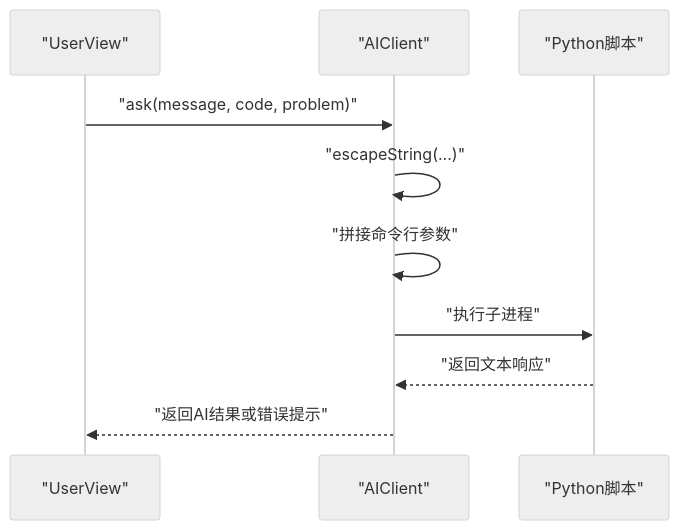
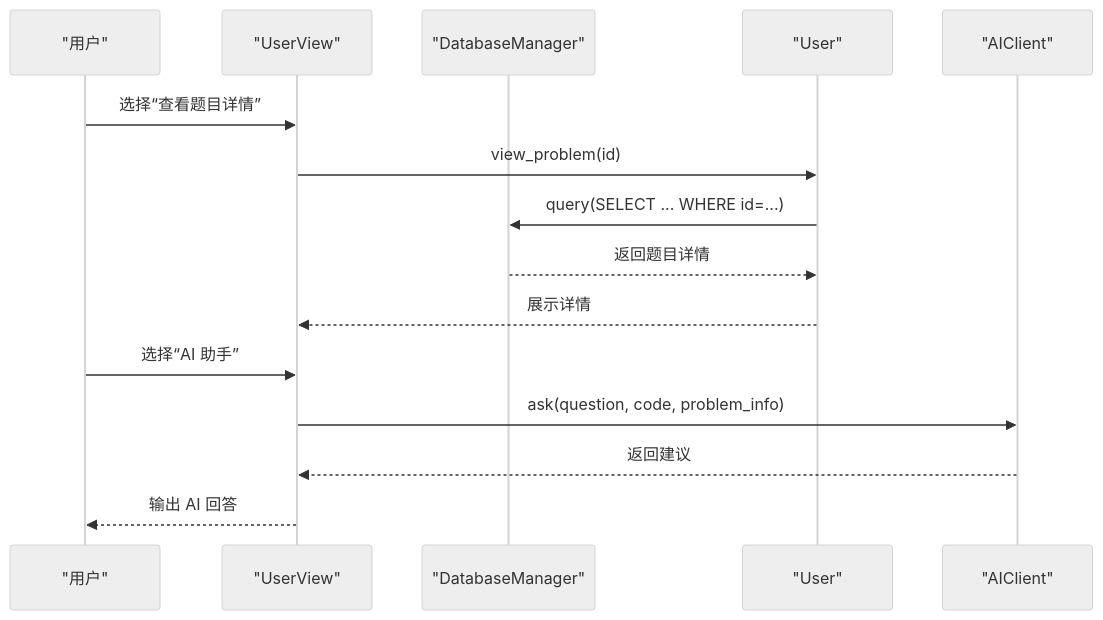
One commit to jinpeng900/OJ-Test changed the fifth of 8 diagrams in .qoder/repowiki/zh/content/核心模块详解/核心模块详解.md. Above: the diagram before and after it, drawn with Mermaid (neutral theme). The commit also changed other lines of this file and 147 other files, not shown here.

````diff
--- a/.qoder/repowiki/zh/content/核心模块详解/核心模块详解.md
+++ b/.qoder/repowiki/zh/content/核心模块详解/核心模块详解.md
@@ -315,12 +194,17 @@
 ```mermaid
 sequenceDiagram
+participant U as "用户"
 participant UV as "UserView"
-participant AC as "AIClient"
-participant PY as "Python脚本"
-UV->>AC : "ask(message, code, problem)"
-AC->>AC : "escapeString(...)"
-AC->>AC : "拼接命令行参数"
-AC->>PY : "执行子进程"
-PY-->>AC : "返回文本响应"
-AC-->>UV : "返回AI结果或错误提示"
+participant DB as "DatabaseManager"
+participant US as "User"
+participant AI as "AIClient"
+U->>UV : 选择“查看题目详情”
+UV->>US : view_problem(id)
+US->>DB : query(SELECT ... WHERE id=...)
+DB-->>US : 返回题目详情
+US-->>UV : 展示详情
+U->>UV : 选择“AI 助手”
+UV->>AI : ask(question, code, problem_info)
+AI-->>UV : 返回建议
+UV-->>U : 输出 AI 回答
 ```
````
